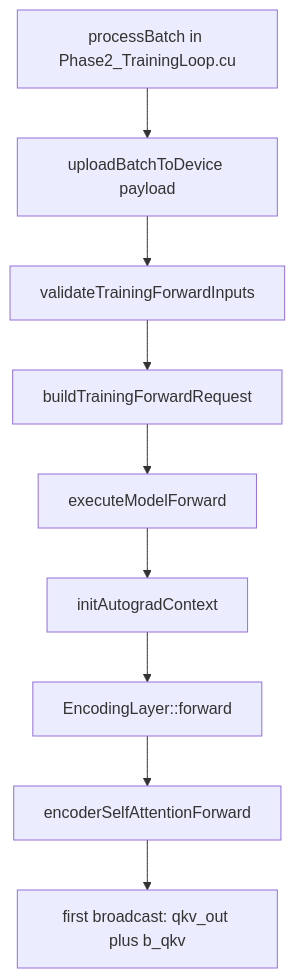
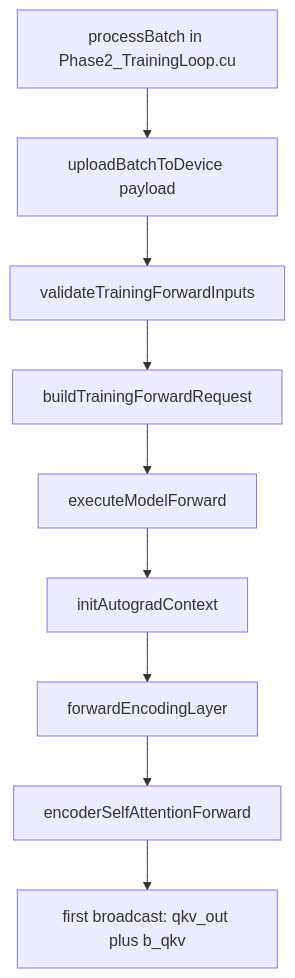
One commit to Reaper3825/G.R.I.M changed the first of 2 diagrams in resources/models/GRIM-text/GRIM/Docs/ForwardChronology.md. Above: the diagram before and after it, drawn with Mermaid. The commit also changed other lines of this file and 12 other files, not shown here.

Commit message:
Refactor parameter handling in Encoding and FeedForward layers to use registry-owned tensors

````diff
--- a/resources/models/GRIM-text/GRIM/Docs/ForwardChronology.md
+++ b/resources/models/GRIM-text/GRIM/Docs/ForwardChronology.md
@@ -70,11 +70,11 @@
 ```mermaid
 flowchart TD
     A[processBatch in Phase2_TrainingLoop.cu] --> B[uploadBatchToDevice payload]
    B --> C[validateTrainingForwardInputs]
    C --> D[buildTrainingForwardRequest]
    D --> E[executeModelForward]
    E --> F[initAutogradContext]
-    F --> G[EncodingLayer::forward]
+   F --> G[forwardEncodingLayer]
     G --> H[encoderSelfAttentionForward]
     H --> I[first broadcast: qkv_out plus b_qkv]
 ```
````
